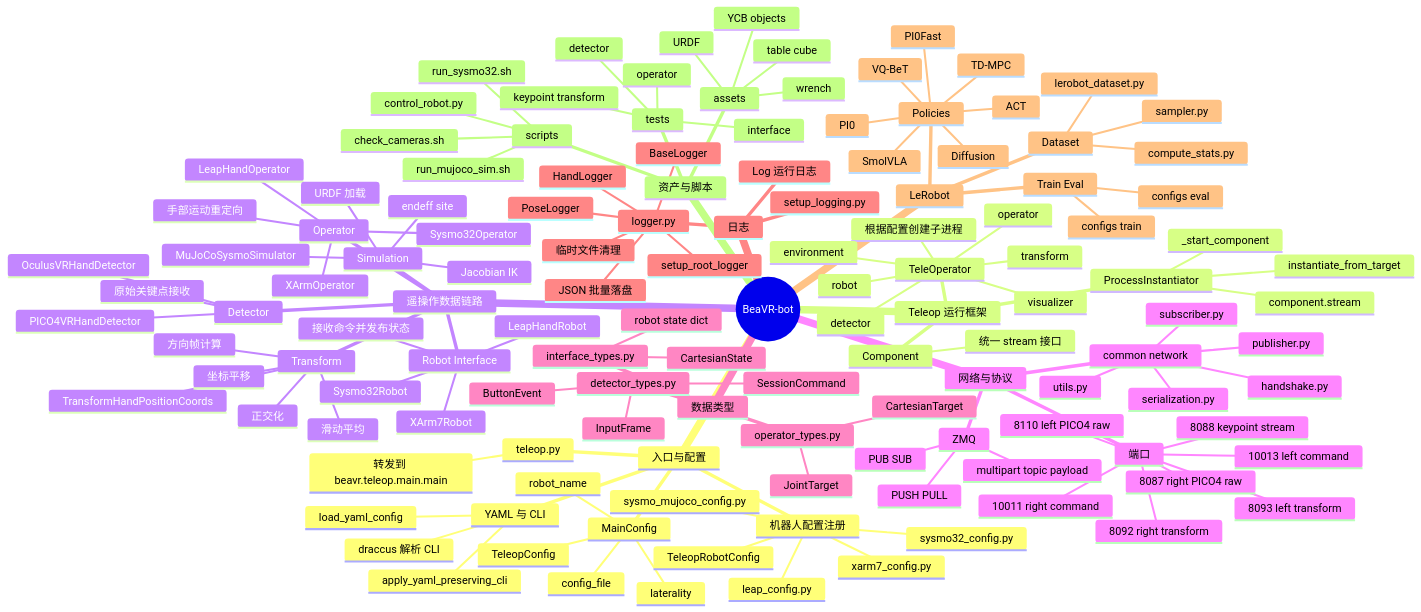
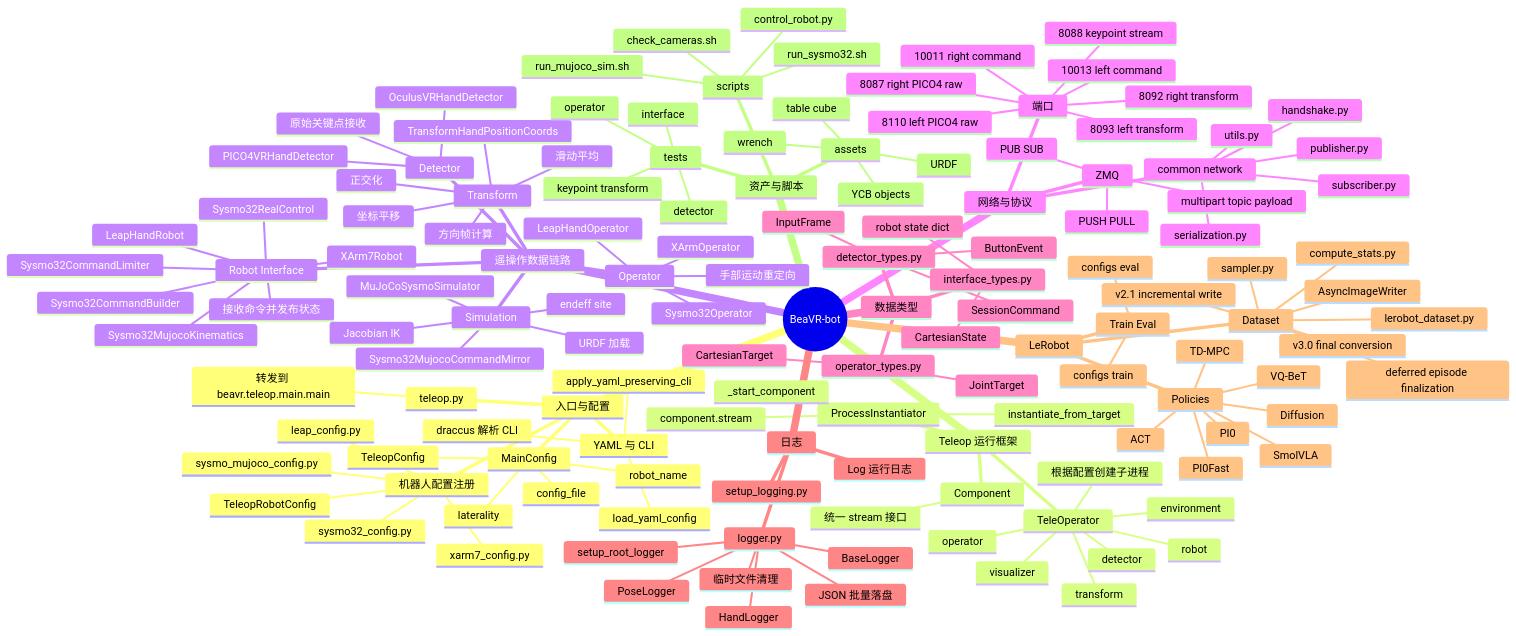
Before and after one commit to ROS-LiKunwei/VRTeleoperation: the first of 5 diagrams in beavr-bot/docs/beavr_bot_mindmap.md, drawn with Mermaid. The commit also changed other lines of this file and 5 other files, not shown here.

```diff
--- a/beavr-bot/docs/beavr_bot_mindmap.md
+++ b/beavr-bot/docs/beavr_bot_mindmap.md
@@ -58,11 +58,15 @@
         手部运动重定向
       Robot Interface
         XArm7Robot
-        Sysmo32Robot
+        Sysmo32RealControl
+        Sysmo32CommandBuilder
+        Sysmo32CommandLimiter
+        Sysmo32MujocoKinematics
         LeapHandRobot
         接收命令并发布状态
       Simulation
         MuJoCoSysmoSimulator
+        Sysmo32MujocoCommandMirror
         URDF 加载
         endeff site
         Jacobian IK
@@ -109,6 +113,10 @@
     LeRobot
       Dataset
         lerobot_dataset.py
+        AsyncImageWriter
+        deferred episode finalization
+        v2.1 incremental write
+        v3.0 final conversion
         compute_stats.py
         sampler.py
       Policies
```
